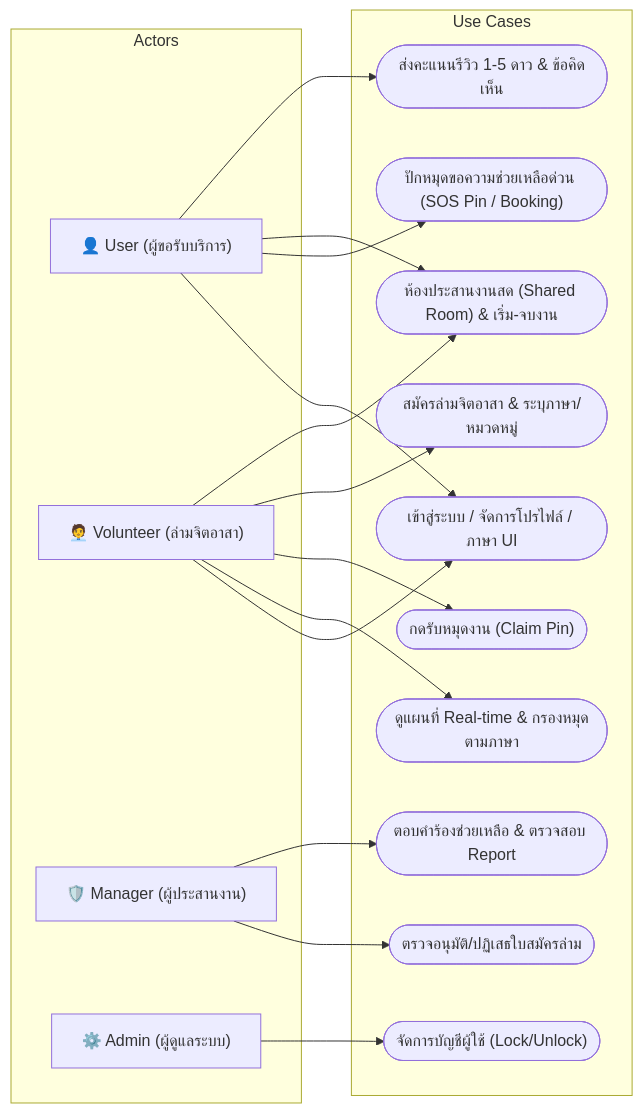
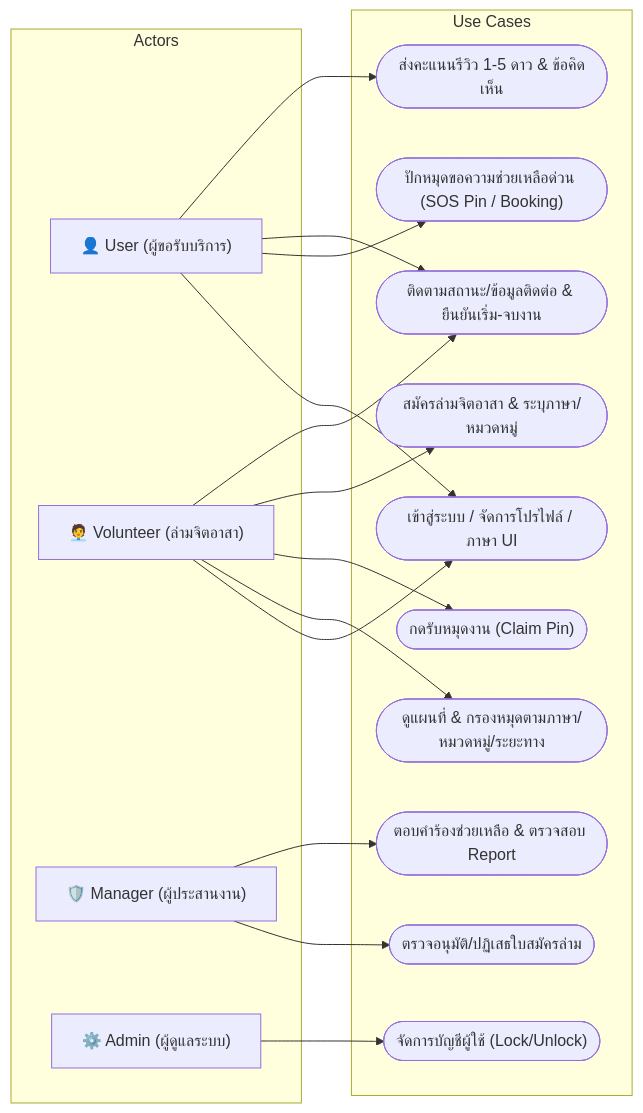
Before and after one commit to OnisawanO/khvi-helper: the first of 3 diagrams in detail.md, drawn with Mermaid. The commit also changed other lines of this file and 37 other files, not shown here.

````diff
--- a/detail.md
+++ b/detail.md
@@ -96,38 +168,38 @@
 ```mermaid
 flowchart LR
     subgraph Actors
         U["👤 User (ผู้ขอรับบริการ)"]
         V["🧑‍💼 Volunteer (ล่ามจิตอาสา)"]
         M["🛡️ Manager (ผู้ประสานงาน)"]
         A["⚙️ Admin (ผู้ดูแลระบบ)"]
     end
 
     subgraph "Use Cases"
         UC1(["เข้าสู่ระบบ / จัดการโปรไฟล์ / ภาษา UI"])
         UC2(["ปักหมุดขอความช่วยเหลือด่วน (SOS Pin / Booking)"])
-        UC3(["ดูแผนที่ Real-time & กรองหมุดตามภาษา"])
+        UC3(["ดูแผนที่ & กรองหมุดตามภาษา/หมวดหมู่/ระยะทาง"])
         UC4(["กดรับหมุดงาน (Claim Pin)"])
         UC5(["สมัครล่ามจิตอาสา & ระบุภาษา/หมวดหมู่"])
-        UC6(["ห้องประสานงานสด (Shared Room) & เริ่ม-จบงาน"])
+        UC6(["ติดตามสถานะ/ข้อมูลติดต่อ & ยืนยันเริ่ม-จบงาน"])
         UC7(["ส่งคะแนนรีวิว 1-5 ดาว & ข้อคิดเห็น"])
         UC8(["ตรวจอนุมัติ/ปฏิเสธใบสมัครล่าม"])
         UC9(["ตอบคำร้องช่วยเหลือ & ตรวจสอบ Report"])
         UC10(["จัดการบัญชีผู้ใช้ (Lock/Unlock)"])
     end
 
     U --> UC1
     U --> UC2
     U --> UC6
     U --> UC7
 
     V --> UC1
     V --> UC3
     V --> UC4
     V --> UC5
     V --> UC6
 
     M --> UC8
     M --> UC9
 
     A --> UC10
 ```
````
